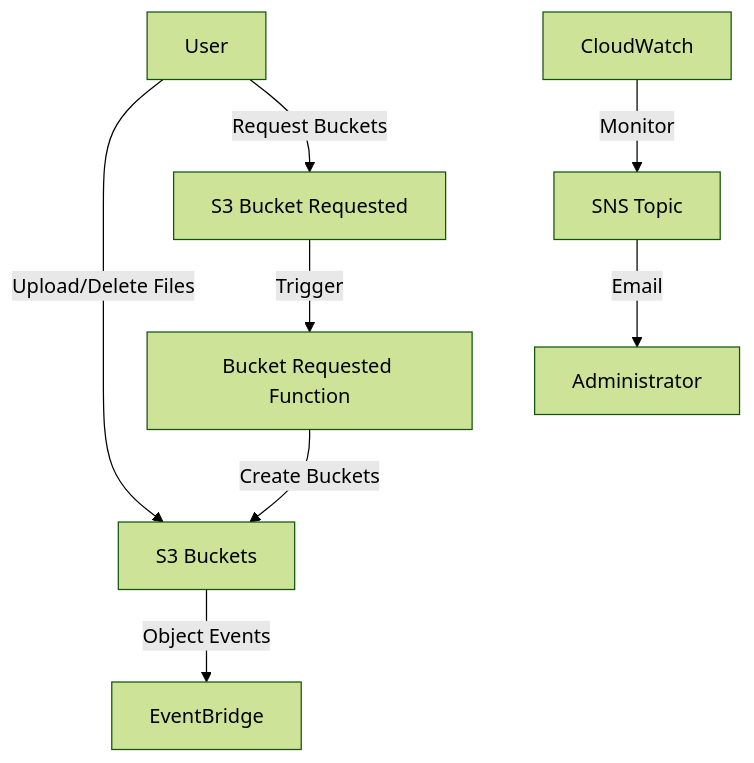
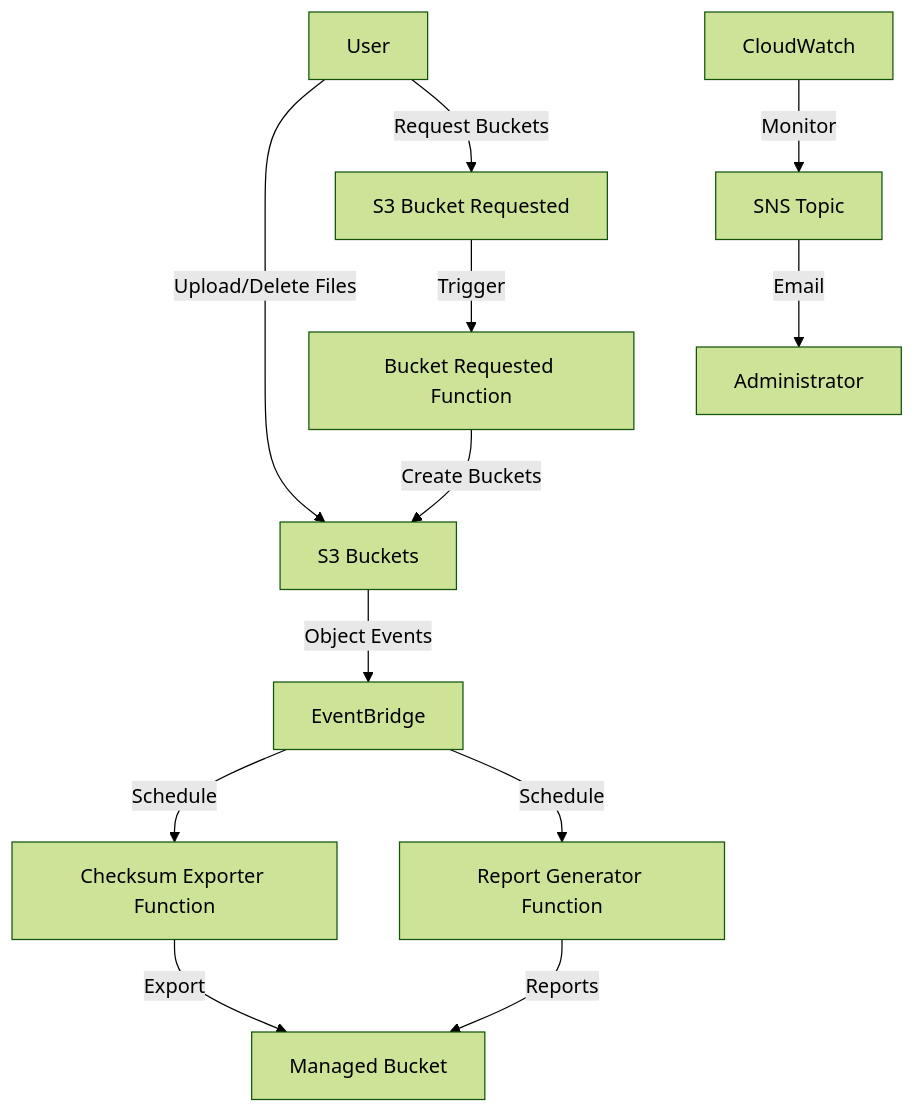
The first of 10 diagrams in TECHNICAL.md (dts-hosting/duracloud-pilot), drawn with Mermaid (forest theme) before and after one commit. The commit also changed other lines of this file and 2 other files, not shown here.

````diff
--- a/TECHNICAL.md
+++ b/TECHNICAL.md
@@ -22,10 +24,14 @@
 ```mermaid
 graph TD
     User[User] -->|Upload/Delete Files| S3[S3 Buckets]
     User -->|Request Buckets| S3BR[S3 Bucket Requested]
     S3 -->|Object Events| EB[EventBridge]
     S3BR -->|Trigger| BR[Bucket Requested Function]
     BR -->|Create Buckets| S3
+    EB -->|Schedule| CE[Checksum Exporter Function]
+    EB -->|Schedule| RG[Report Generator Function]
+    CE -->|Export| MB[Managed Bucket]
+    RG -->|Reports| MB
     CW[CloudWatch] -->|Monitor| SNS[SNS Topic]
     SNS -->|Email| Admin[Administrator]
 ```
````
